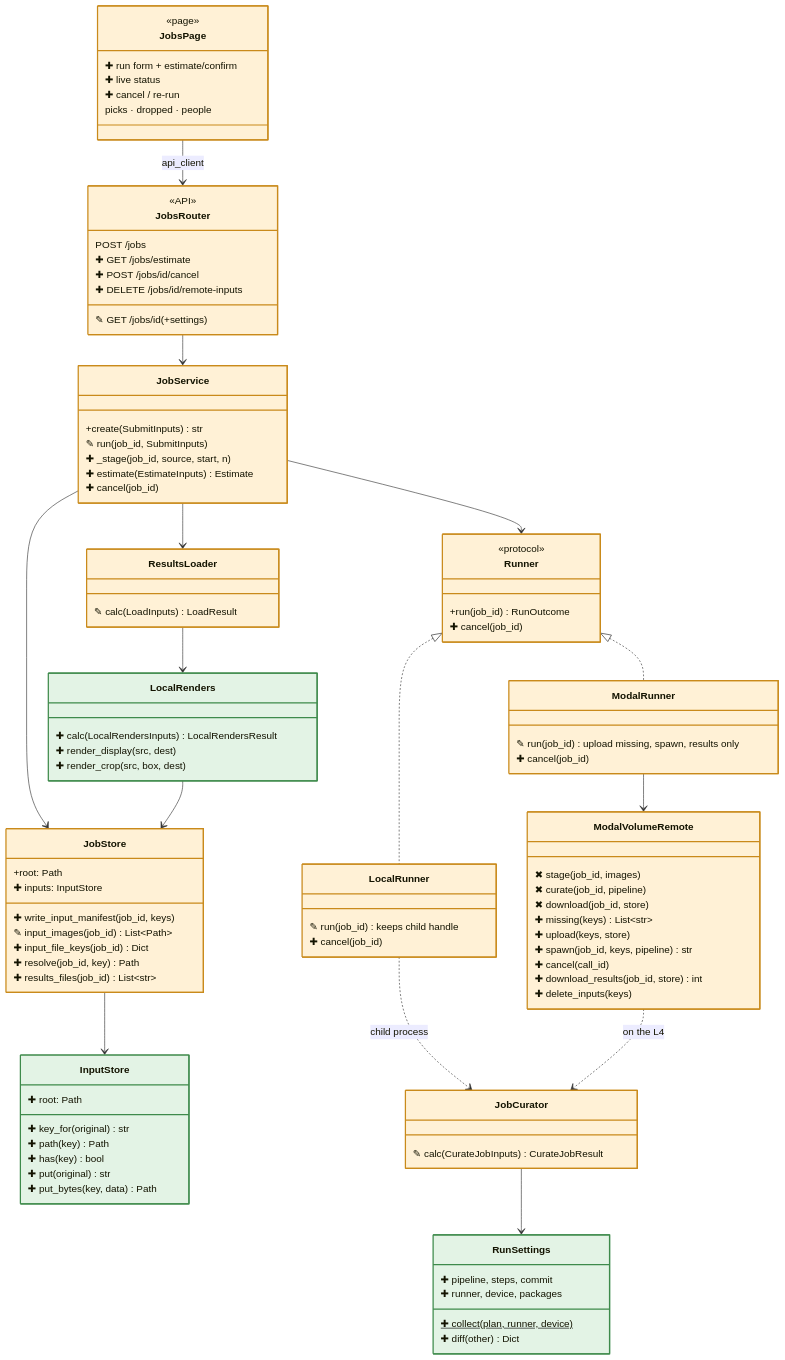
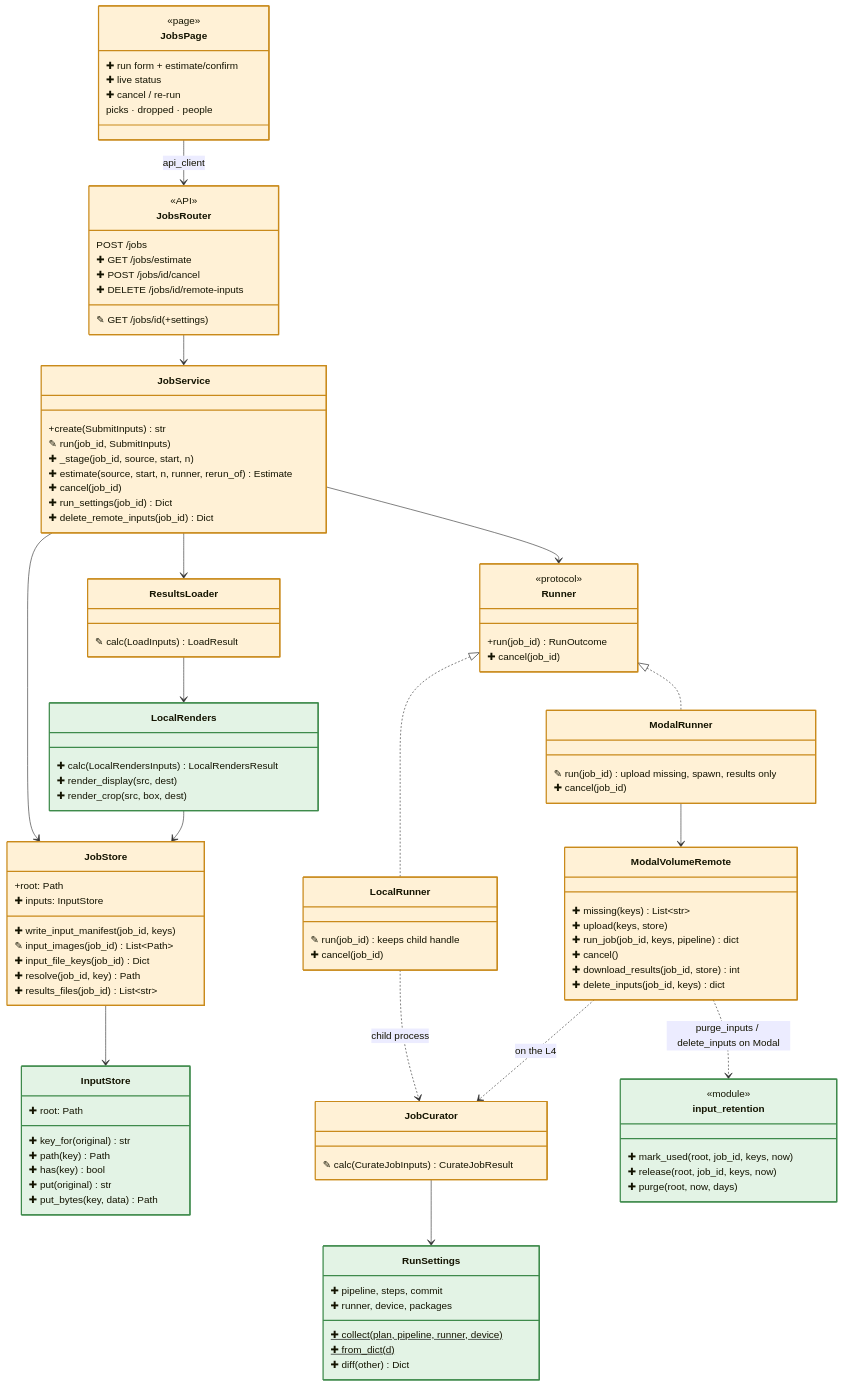
Before and after one commit to jonathanhexner/albumify: the second of 2 diagrams in specs/115-album-workbench/spec.md, drawn with Mermaid. The commit also changed other lines of this file and 36 other files, not shown here.

```diff
--- a/specs/115-album-workbench/spec.md
+++ b/specs/115-album-workbench/spec.md
@@ -82,8 +80,10 @@
     +create(SubmitInputs) str
     ✎ run(job_id, SubmitInputs)
     ✚ _stage(job_id, source, start, n)
-    ✚ estimate(EstimateInputs) Estimate
+    ✚ estimate(source, start, n, runner, rerun_of) Estimate
     ✚ cancel(job_id)
+    ✚ run_settings(job_id) Dict
+    ✚ delete_remote_inputs(job_id) Dict
   }
   class ResultsLoader {
     ✎ calc(LoadInputs) LoadResult
@@ -124,15 +124,12 @@
     ✚ cancel(job_id)
   }
   class ModalVolumeRemote {
-    ✖ stage(job_id, images)
-    ✖ curate(job_id, pipeline)
-    ✖ download(job_id, store)
     ✚ missing(keys) List~str~
     ✚ upload(keys, store)
-    ✚ spawn(job_id, keys, pipeline) str
-    ✚ cancel(call_id)
+    ✚ run_job(job_id, keys, pipeline) dict
+    ✚ cancel()
     ✚ download_results(job_id, store) int
-    ✚ delete_inputs(keys)
+    ✚ delete_inputs(job_id, keys) dict
   }
   class JobCurator {
     ✎ calc(CurateJobInputs) CurateJobResult
@@ -140,8 +137,15 @@
   class RunSettings {
     ✚ pipeline, steps, commit
     ✚ runner, device, packages
-    ✚ collect(plan, runner, device)$
+    ✚ collect(plan, pipeline, runner, device)$
+    ✚ from_dict(d)$
     ✚ diff(other) Dict
+  }
+  class input_retention {
+    <<module>>
+    ✚ mark_used(root, job_id, keys, now)
+    ✚ release(root, job_id, keys, now)
+    ✚ purge(root, now, days)
   }
   JobsPage --> JobsRouter : api_client
   JobsRouter --> JobService
@@ -157,9 +161,11 @@
   LocalRunner ..> JobCurator : child process
   ModalVolumeRemote ..> JobCurator : on the L4
   JobCurator --> RunSettings
+  ModalVolumeRemote ..> input_retention : purge_inputs / delete_inputs on Modal
   style InputStore fill:#E3F3E5,stroke:#3E8A4B,stroke-width:2px
   style LocalRenders fill:#E3F3E5,stroke:#3E8A4B,stroke-width:2px
   style RunSettings fill:#E3F3E5,stroke:#3E8A4B,stroke-width:2px
+  style input_retention fill:#E3F3E5,stroke:#3E8A4B,stroke-width:2px
   style JobsPage fill:#FFF1D6,stroke:#C98A1B,stroke-width:2px
   style JobsRouter fill:#FFF1D6,stroke:#C98A1B,stroke-width:2px
   style JobService fill:#FFF1D6,stroke:#C98A1B,stroke-width:2px
```
